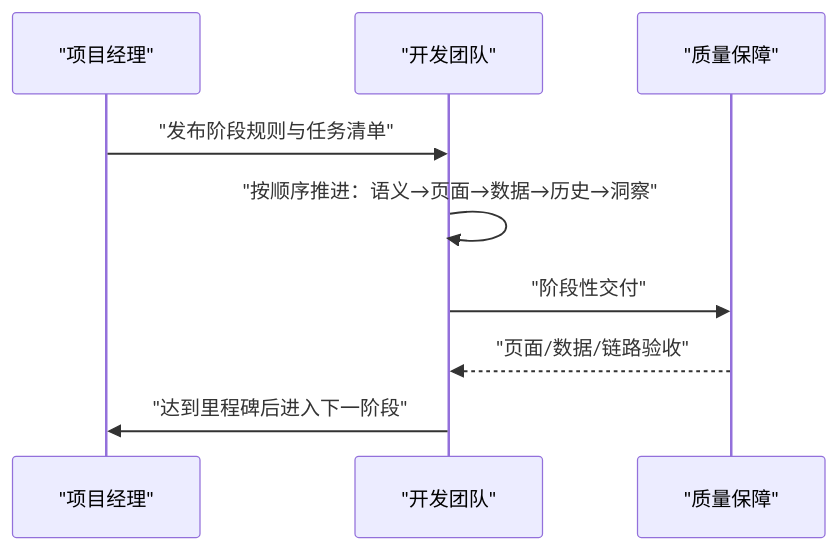
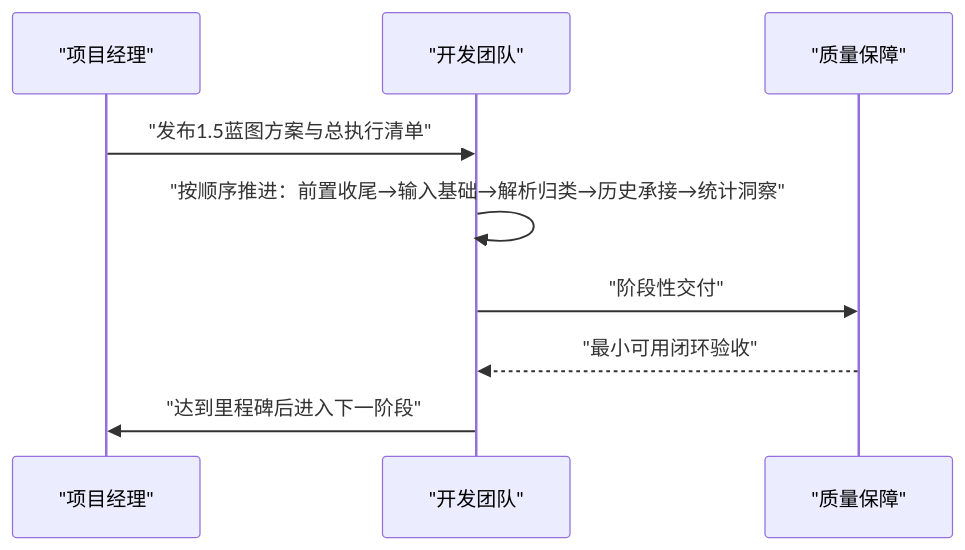
One commit to bbong1234/TETO changed the fourth of 6 diagrams in .qoder/repowiki/zh/content/开发指南/开发流程规范/开发流程规范.md. Above: the diagram before and after it, drawn with Mermaid. The commit also changed other lines of this file and 10 other files, not shown here.

````diff
--- a/.qoder/repowiki/zh/content/开发指南/开发流程规范/开发流程规范.md
+++ b/.qoder/repowiki/zh/content/开发指南/开发流程规范/开发流程规范.md
@@ -153,11 +181,11 @@
 ```mermaid
 sequenceDiagram
 participant PM as "项目经理"
 participant Team as "开发团队"
 participant QA as "质量保障"
-PM->>Team : "发布阶段规则与任务清单"
-Team->>Team : "按顺序推进：语义→页面→数据→历史→洞察"
+PM->>Team : "发布1.5蓝图方案与总执行清单"
+Team->>Team : "按顺序推进：前置收尾→输入基础→解析归类→历史承接→统计洞察"
 Team->>QA : "阶段性交付"
-QA-->>Team : "页面/数据/链路验收"
+QA-->>Team : "最小可用闭环验收"
 Team->>PM : "达到里程碑后进入下一阶段"
 ```
````
